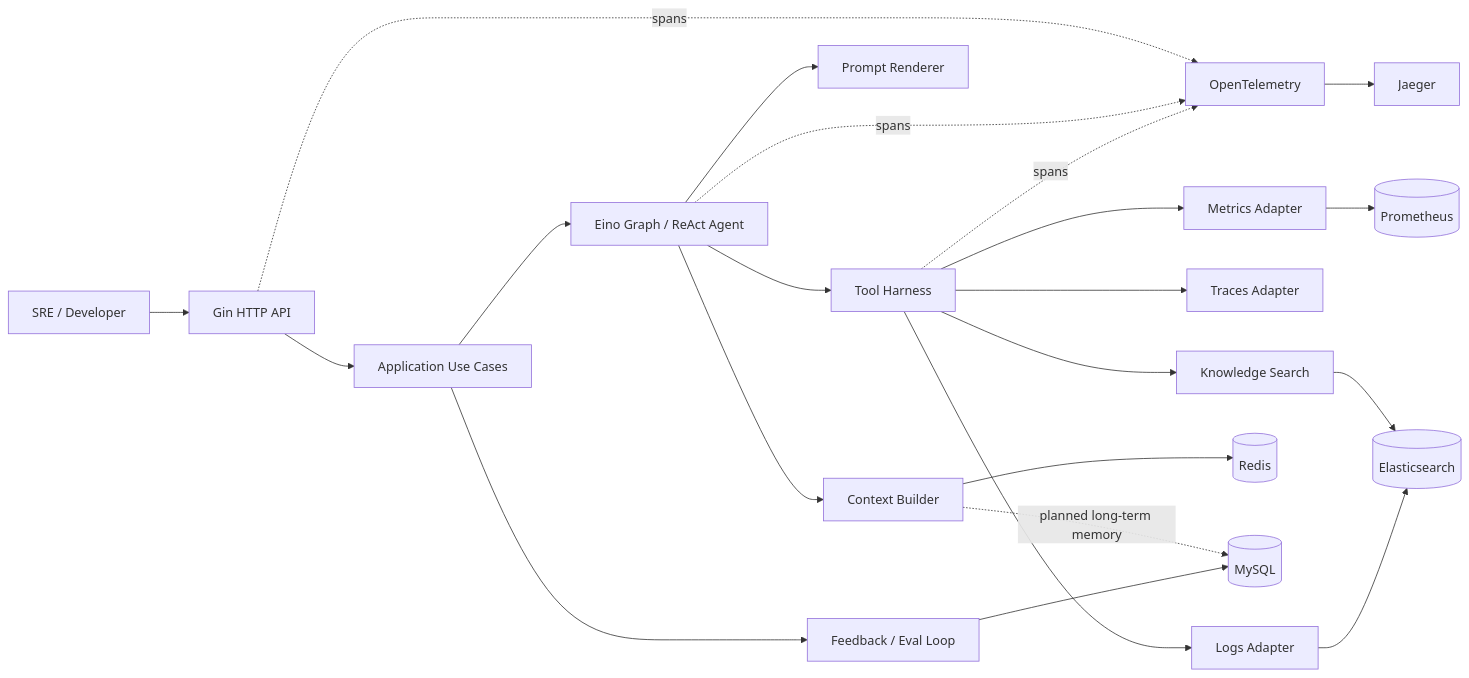
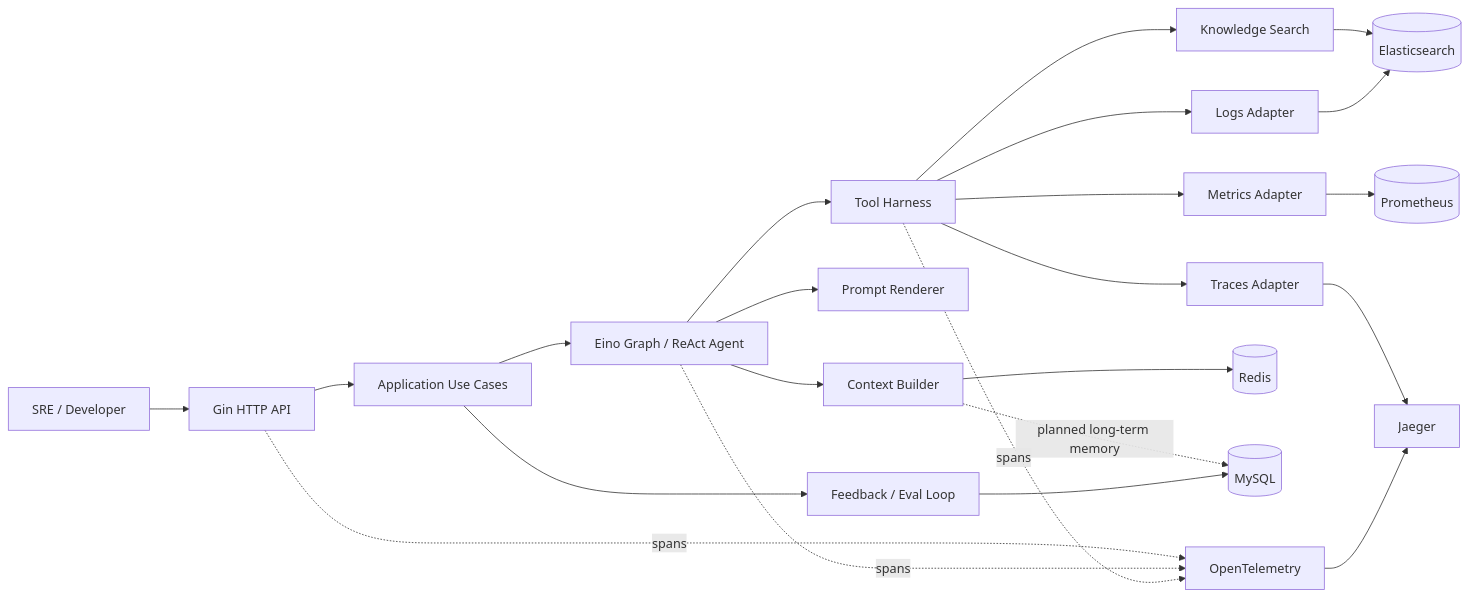
Before and after one commit to jiawei-wang-dev/WatchOps-Lite: the first of 3 diagrams in docs/ARCHITECTURE.md, drawn with Mermaid. The commit also changed other lines of this file and 26 other files, not shown here.

Commit message:
feat: add Jaeger-backed traces tool

````diff
--- a/docs/ARCHITECTURE.md
+++ b/docs/ARCHITECTURE.md
@@ -7,24 +7,25 @@
 ```mermaid
 flowchart LR
     U["SRE / Developer"] --> API["Gin HTTP API"]
     API --> APP["Application Use Cases"]
     APP --> AGENT["Eino Graph / ReAct Agent"]
     AGENT --> CTX["Context Builder"]
     AGENT --> PROMPT["Prompt Renderer"]
     AGENT --> HARNESS["Tool Harness"]
     HARNESS --> LOGS["Logs Adapter"]
     HARNESS --> METRICS["Metrics Adapter"]
     HARNESS --> TRACES["Traces Adapter"]
     HARNESS --> RAG["Knowledge Search"]
     CTX --> REDIS[("Redis")]
     CTX -. planned long-term memory .-> MYSQL[("MySQL")]
     RAG --> ES[("Elasticsearch")]
     LOGS --> ES
     METRICS --> PROM[("Prometheus")]
+    TRACES --> JAEGER
     APP --> FEEDBACK["Feedback / Eval Loop"]
     FEEDBACK --> MYSQL
     API -. spans .-> OTEL["OpenTelemetry"]
     AGENT -. spans .-> OTEL
     HARNESS -. spans .-> OTEL
     OTEL --> JAEGER["Jaeger"]
 ```
````
